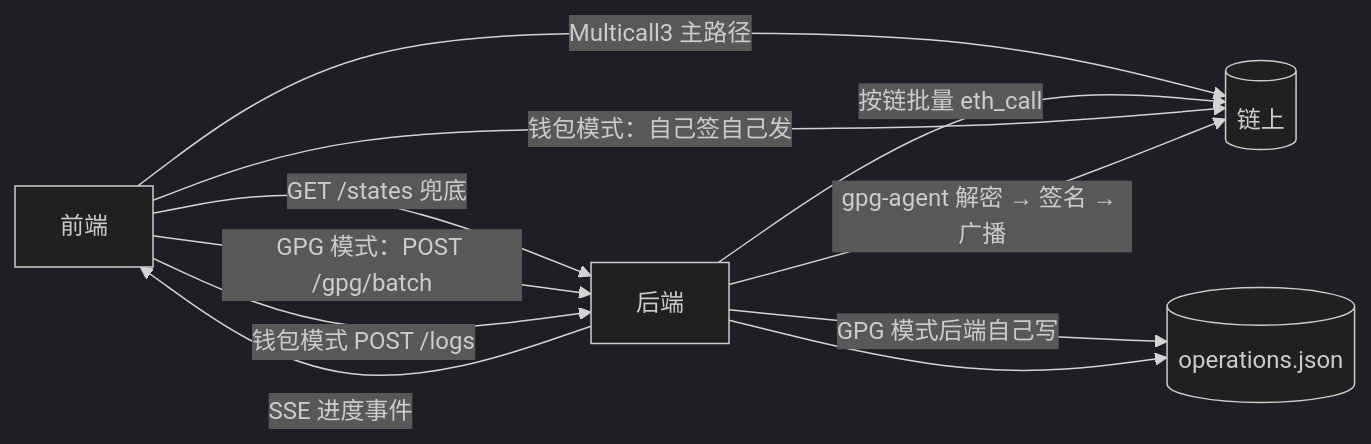
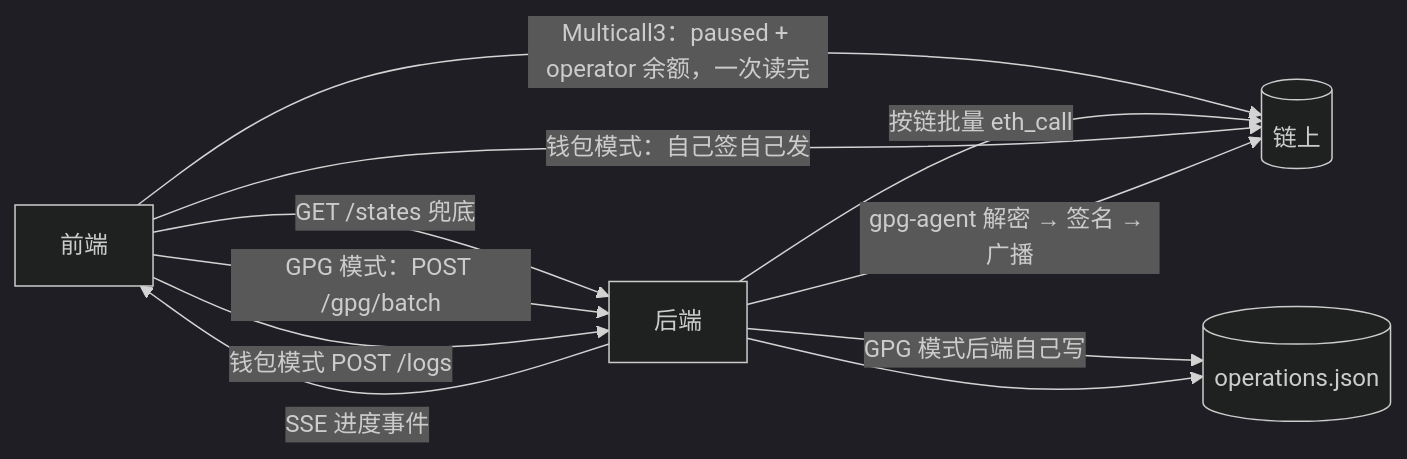
One commit to lanigon/pause changed the second of 5 diagrams in ARCHITECTURE.md. Above: the diagram before and after it, drawn with Mermaid (dark theme). The commit also changed other lines of this file and 1 other file, not shown here.

````diff
--- a/ARCHITECTURE.md
+++ b/ARCHITECTURE.md
@@ -127,20 +128,20 @@
 ```mermaid
 flowchart LR
     UI["前端"]
     BE["后端"]
     CHAIN[("链上")]
     LOG[("operations.json")]
 
-    UI -->|"Multicall3 主路径"| CHAIN
+    UI -->|"Multicall3：paused + operator 余额，一次读完"| CHAIN
     UI -->|"GET /states 兜底"| BE
     BE -->|"按链批量 eth_call"| CHAIN
 
     UI -->|"钱包模式：自己签自己发"| CHAIN
     UI -->|"GPG 模式：POST /gpg/batch"| BE
     BE -->|"gpg-agent 解密 → 签名 → 广播"| CHAIN
     BE -->|"SSE 进度事件"| UI
 
     UI -->|"钱包模式 POST /logs"| BE
     BE -->|"GPG 模式后端自己写"| LOG
     BE --> LOG
 ```
````
